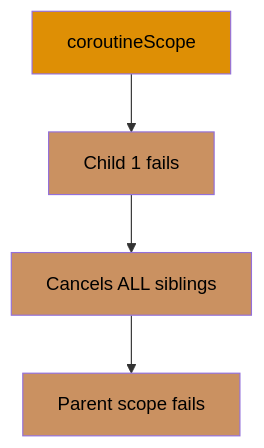
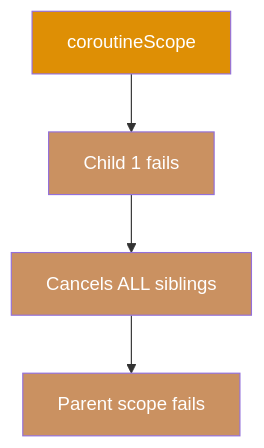
The first of 22 diagrams in apps/ayokoding-web/content/en/learn/software-engineering/programming-languages/kotlin/by-example/advanced.md (wahidyankf/open-sharia-enterprise), drawn with Mermaid before and after one commit. The commit also changed other lines of this file and 61 other files, not shown here.

First line of the commit message:
fix(ayokoding-web): quote Mermaid node labels with special characters in Example 63

````diff
--- a/apps/ayokoding-web/content/en/learn/software-engineering/programming-languages/kotlin/by-example/advanced.md
+++ b/apps/ayokoding-web/content/en/learn/software-engineering/programming-languages/kotlin/by-example/advanced.md
@@ -18,11 +18,11 @@
 ```mermaid
 graph TD
     A[coroutineScope] --> B[Child 1 fails]
     B --> C[Cancels ALL siblings]
     C --> D[Parent scope fails]
 
-    style A fill:#DE8F05,color:#000
-    style B fill:#CA9161,color:#000
-    style C fill:#CA9161,color:#000
-    style D fill:#CA9161,color:#000
+    style A fill:#DE8F05,color:#fff
+    style B fill:#CA9161,color:#fff
+    style C fill:#CA9161,color:#fff
+    style D fill:#CA9161,color:#fff
 ```
````
